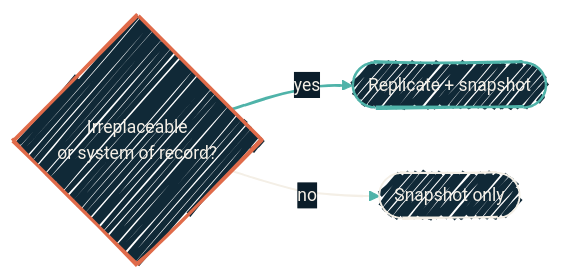
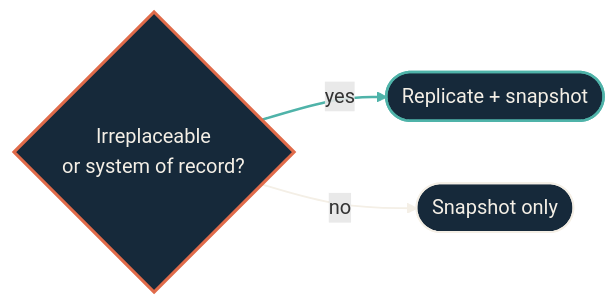
One commit to dryvist/docs changed the second of 3 diagrams in infrastructure/zfs-backup-replication.mdx. Above: the diagram before and after it, drawn with Mermaid. The commit also changed other lines of this file and 116 other files, not shown here.

````diff
--- a/infrastructure/zfs-backup-replication.mdx
+++ b/infrastructure/zfs-backup-replication.mdx
@@ -72,22 +75,25 @@
 ```mermaid
-%%{init:
-  {'theme':'base','look':'handDrawn','themeVariables':{'fontFamily':'Geist','fontSize':'14px','primaryColor':'#102937','primaryTextColor':'#F4EFE6','primaryBorderColor':'#4FB3A9','lineColor':'#4FB3A9','secondaryColor':'#0B1D2A','tertiaryColor':'#1A2A38','clusterBkg':'rgba(79,179,169,0.08)','clusterBorder':'#4FB3A9'}}}%%
-  flowchart LR
+%%{init: {"theme":"base","look":"handDrawn","themeVariables":{"primaryColor":"#123a36","primaryTextColor":"#f4efe6","primaryBorderColor":"#4fb3a9","lineColor":"#4fb3a9","secondaryColor":"#0b1d2a","tertiaryColor":"#16293a","clusterBkg":"#08151f","clusterBorder":"#4fb3a9","fontFamily":"'Geist Sans', system-ui, -apple-system, BlinkMacSystemFont, 'Segoe UI', Roboto, sans-serif","fontSize":"14px"}}}%%
+flowchart LR
+  classDef src fill:#16293a,stroke:#e06b4a,stroke-width:2px,color:#f4efe6;
+  classDef ai fill:#16293a,stroke:#e06b4a,stroke-width:2px,color:#f4efe6;
+  classDef gate fill:#16293a,stroke:#e06b4a,stroke-width:2.5px,color:#f4efe6;
+  classDef hop fill:#16293a,stroke:#4fb3a9,stroke-width:2px,color:#f4efe6;
+  classDef host fill:#16293a,stroke:#4fb3a9,stroke-width:2px,color:#f4efe6;
+  classDef sink fill:#16293a,stroke:#f4efe6,stroke-width:2px,color:#f4efe6;
+  classDef auto fill:#16293a,stroke:#f4efe6,stroke-width:1.5px,color:#f4efe6;
+  classDef external fill:#16293a,stroke:#e6b35a,stroke-width:2px,color:#f4efe6;
   Q{"Irreplaceable<br/>or system of record?"}
   Rep(["Replicate + snapshot"])
   Snap(["Snapshot only"])
 
   Q -->|yes| Rep
   Q -->|no| Snap
-
-  classDef gate fill:#102937,stroke:#E06B4A,stroke-width:2.5px,color:#F4EFE6;
-  classDef host fill:#102937,stroke:#4FB3A9,stroke-width:2px,color:#F4EFE6;
-  classDef auto fill:#102937,stroke:#F4EFE6,stroke-width:1.5px,color:#F4EFE6;
 
   class Q gate
   class Rep host
   class Snap auto
 
   linkStyle 0 stroke:#4FB3A9,stroke-width:2px;
   linkStyle 1 stroke:#F4EFE6,stroke-width:1.5px;
 ```
````
